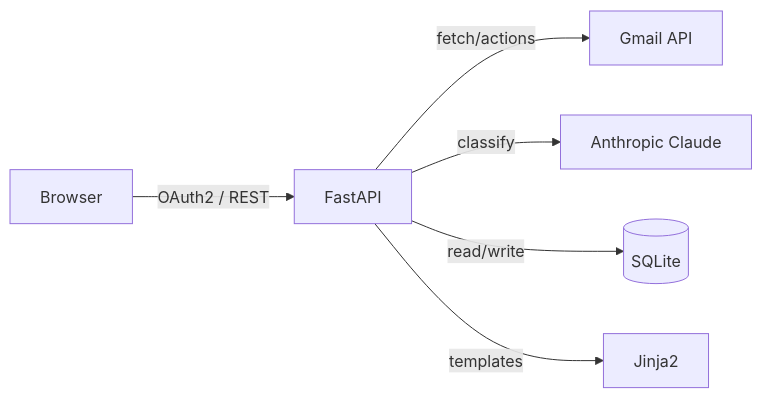
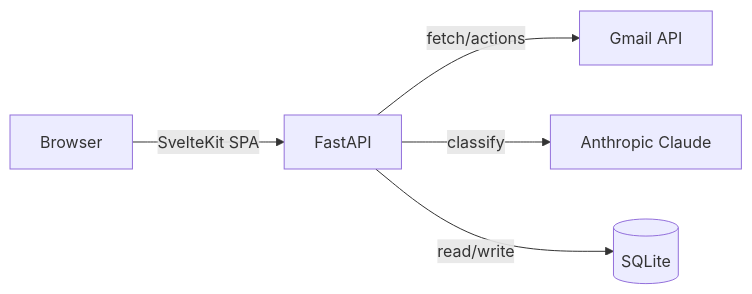
One commit to caleblmyers/email-cleaner changed the diagram in README.md. Above: the diagram before and after it, drawn with Mermaid. The commit also changed other lines of this file and 3 other files, not shown here.

First line of the commit message:
Update all documentation for SvelteKit SPA architecture

````diff
--- a/README.md
+++ b/README.md
@@ -7,8 +7,7 @@
 ```mermaid
 graph LR
-    Browser -->|OAuth2 / REST| FastAPI
+    Browser -->|SvelteKit SPA| FastAPI
     FastAPI -->|fetch/actions| GmailAPI[Gmail API]
     FastAPI -->|classify| Claude[Anthropic Claude]
     FastAPI -->|read/write| SQLite[(SQLite)]
-    FastAPI -->|templates| Jinja2
 ```
````
